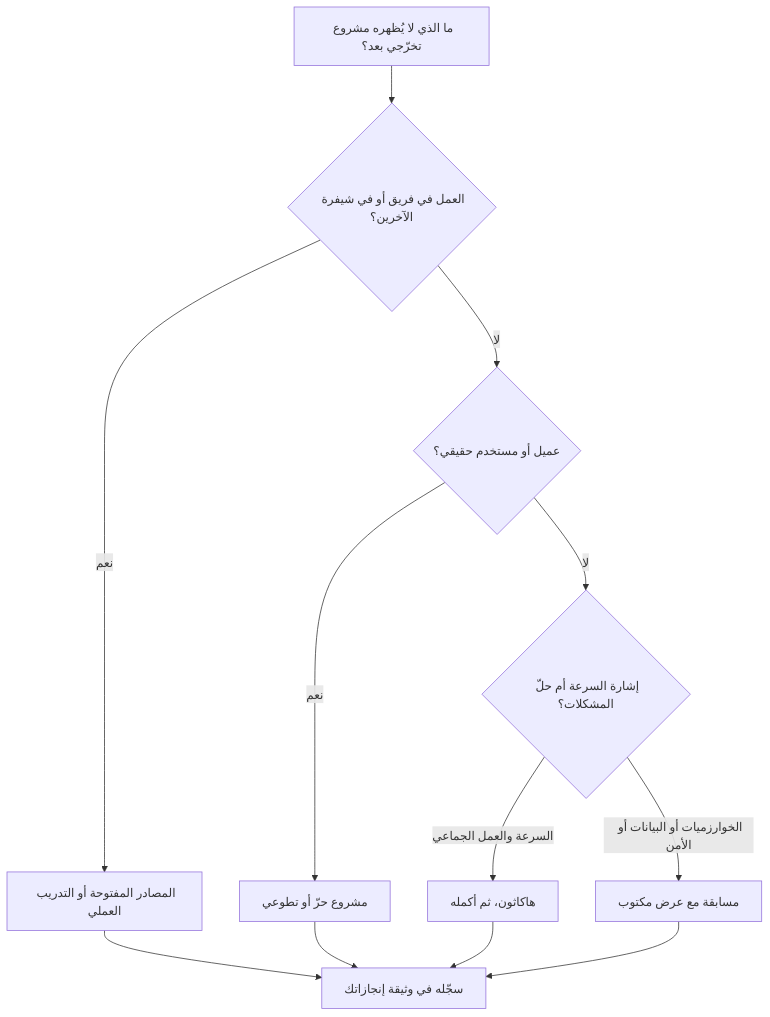
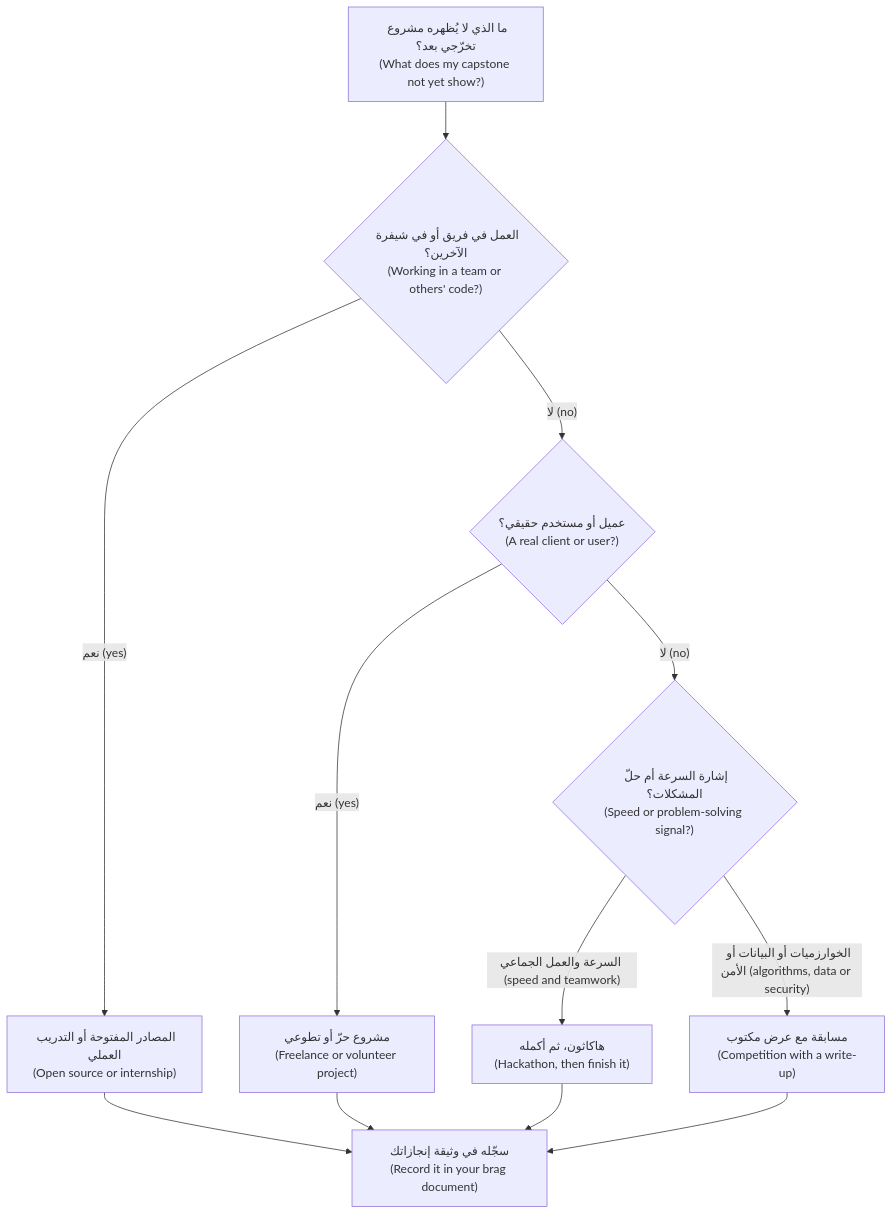
Before and after one commit to Tamoura/system-design-for-vibe-coders: the third of 3 diagrams in career/modules/03-portfolio.ar.md, drawn with Mermaid. The commit also changed other lines of this file and 20 other files, not shown here.

First line of the commit message:
New courses: Arabic diagrams read right-to-left with English labels (modules 0–6)

````diff
--- a/career/modules/03-portfolio.ar.md
+++ b/career/modules/03-portfolio.ar.md
@@ -538,14 +538,14 @@
 ```mermaid
 flowchart TD
-    A["ما الذي لا يُظهره مشروع تخرّجي بعد؟"] --> B{"العمل في فريق أو في شيفرة الآخرين؟"}
-    B -->|"نعم"| C["المصادر المفتوحة أو التدريب العملي"]
-    B -->|"لا"| D{"عميل أو مستخدم حقيقي؟"}
-    D -->|"نعم"| E["مشروع حرّ أو تطوعي"]
-    D -->|"لا"| F{"إشارة السرعة أم حلّ المشكلات؟"}
-    F -->|"السرعة والعمل الجماعي"| G["هاكاثون، ثم أكمله"]
-    F -->|"الخوارزميات أو البيانات أو الأمن"| H["مسابقة مع عرض مكتوب"]
-    C --> I["سجّله في وثيقة إنجازاتك"]
+    A["ما الذي لا يُظهره مشروع تخرّجي بعد؟<br/>(What does my capstone not yet show?)"] --> B{"العمل في فريق أو في شيفرة الآخرين؟<br/>(Working in a team or others' code?)"}
+    B -->|"نعم (yes)"| C["المصادر المفتوحة أو التدريب العملي<br/>(Open source or internship)"]
+    B -->|"لا (no)"| D{"عميل أو مستخدم حقيقي؟<br/>(A real client or user?)"}
+    D -->|"نعم (yes)"| E["مشروع حرّ أو تطوعي<br/>(Freelance or volunteer project)"]
+    D -->|"لا (no)"| F{"إشارة السرعة أم حلّ المشكلات؟<br/>(Speed or problem-solving signal?)"}
+    F -->|"السرعة والعمل الجماعي (speed and teamwork)"| G["هاكاثون، ثم أكمله<br/>(Hackathon, then finish it)"]
+    F -->|"الخوارزميات أو البيانات أو الأمن (algorithms, data or security)"| H["مسابقة مع عرض مكتوب<br/>(Competition with a write-up)"]
+    C --> I["سجّله في وثيقة إنجازاتك<br/>(Record it in your brag document)"]
     E --> I
     G --> I
     H --> I
 ```
````
